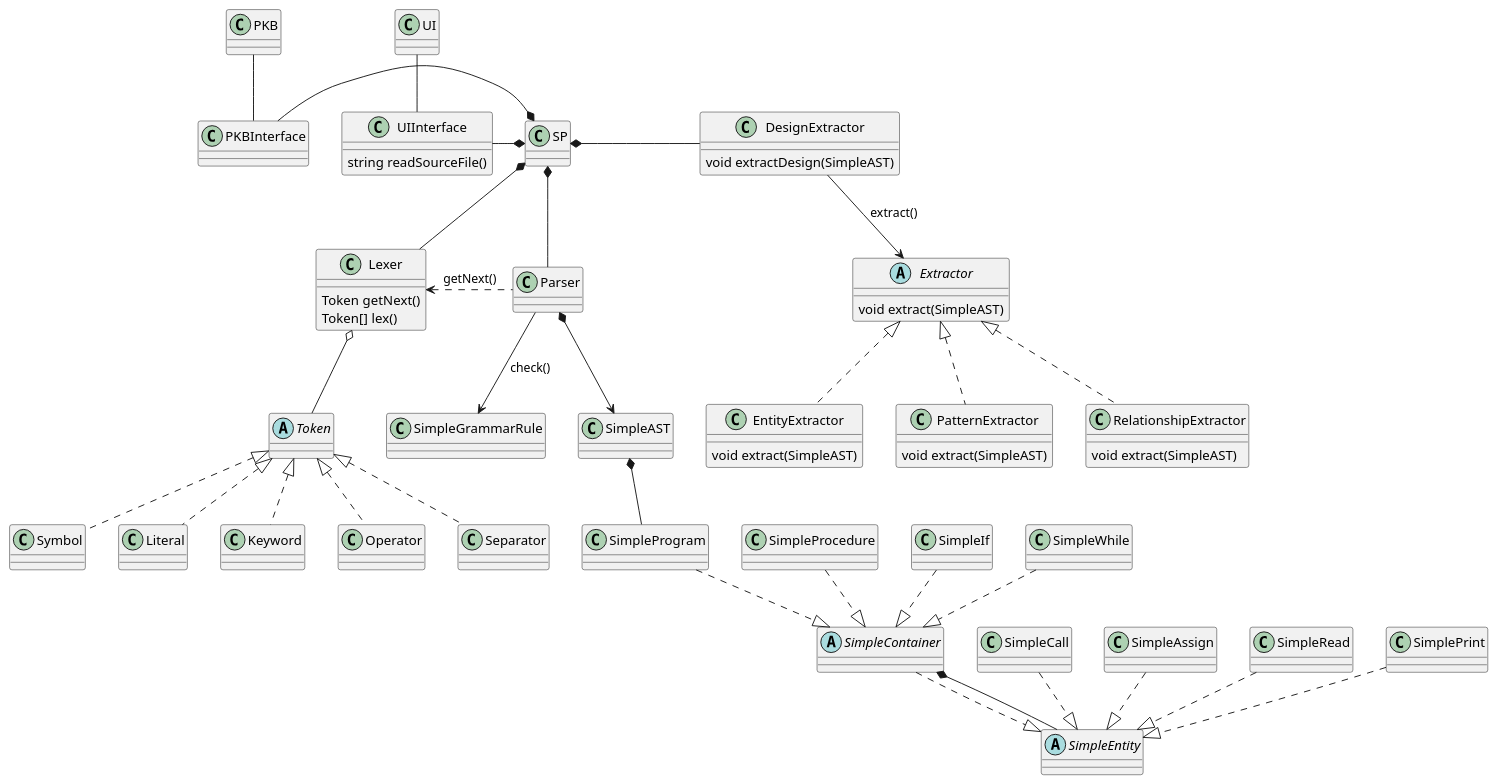
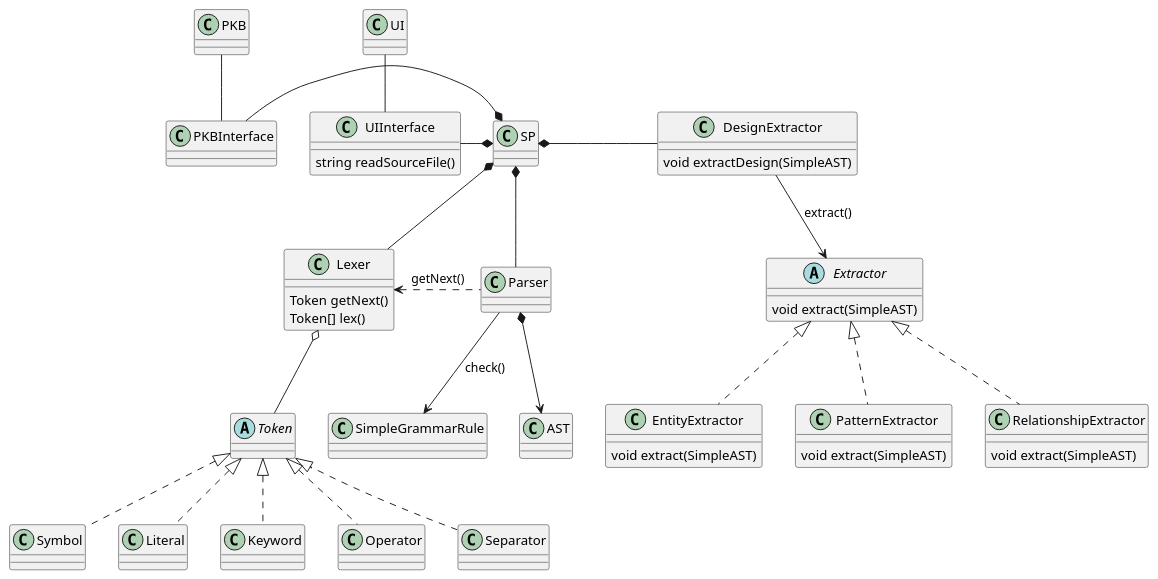
One commit to mazx4960/static-analyzer changed the diagram in docs/diagrams/SPClassDiagram.puml. Above: the diagram before and after it, drawn with PlantUML. The commit also changed 84 other files, not shown here.

```diff
--- a/docs/diagrams/SPClassDiagram.puml
+++ b/docs/diagrams/SPClassDiagram.puml
@@ -1,93 +1,72 @@
 @startuml
 
 class SP
 class UI
 class PKB
 
 class UIInterface {
     string readSourceFile()
 }
 
 class Lexer {
     Token getNext()
     Token[] lex()
 }
 
 abstract class Token {
 }
 class Symbol
 class Literal
 class Keyword
 class Operator
 class Separator
 
 class Parser
 class SimpleGrammarRule
 
-class SimpleAST
-abstract class SimpleEntity
-abstract class SimpleContainer
-class SimpleProgram
-class SimpleProcedure
-class SimpleIf
-class SimpleWhile
-class SimpleCall
-class SimpleAssign
-class SimpleRead
-class SimplePrint
+class AST
 
 class DesignExtractor {
     void extractDesign(SimpleAST)
 }
 abstract class Extractor {
     void extract(SimpleAST)
 }
 class EntityExtractor {
     void extract(SimpleAST)
 }
 class PatternExtractor {
     void extract(SimpleAST)
 }
 class RelationshipExtractor {
     void extract(SimpleAST)
 }
 
 class PKBInterface
 
 SP *-left- UIInterface
 SP *-left- PKBInterface
 SP *-down- Lexer
 SP *-down- Parser
 SP *-right- DesignExtractor
 PKBInterface -up- PKB
 UIInterface -up- UI
 
 Token <|.. Symbol
 Token <|.. Literal
 Token <|.. Keyword
 Token <|.. Operator
 Token <|.. Separator
 
 Lexer o-- Token
 Parser .left.> Lexer: getNext()
 Parser -down-> SimpleGrammarRule : check()
-Parser *-down-> SimpleAST
-SimpleAST *-- SimpleProgram
-SimpleContainer ..|> SimpleEntity
-SimpleCall ..|> SimpleEntity
-SimpleAssign ..|> SimpleEntity
-SimpleRead ..|> SimpleEntity
-SimplePrint ..|> SimpleEntity
-SimpleIf ..|> SimpleContainer
-SimpleWhile ..|> SimpleContainer
-SimpleProcedure ..|> SimpleContainer
-SimpleProgram ..|> SimpleContainer
-SimpleContainer *-- SimpleEntity
+Parser *-down-> AST
 
 Extractor <|.. EntityExtractor
 Extractor <|.. PatternExtractor
 Extractor <|.. RelationshipExtractor
 
 DesignExtractor --> Extractor : extract()
 
 @enduml
```
